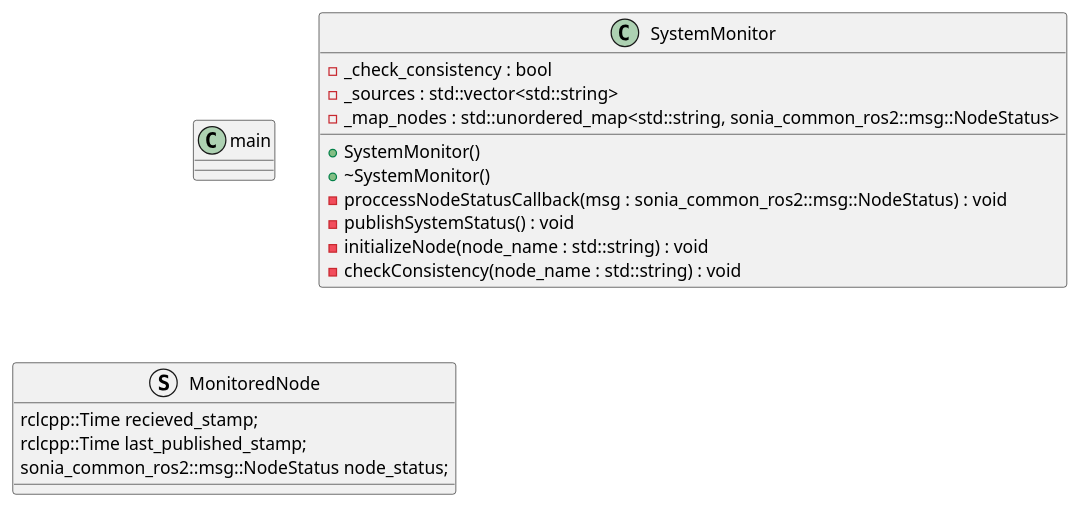
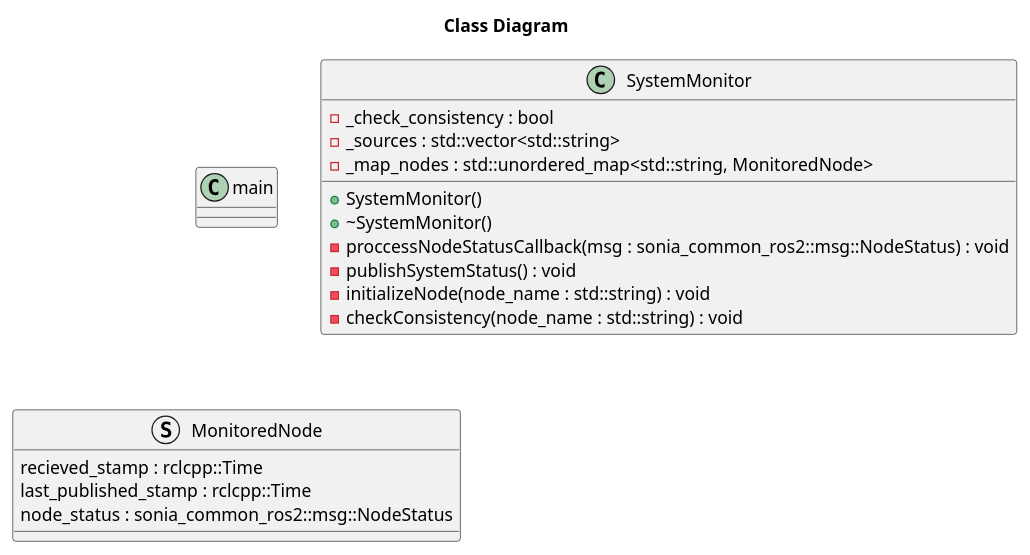
One commit to sonia-auv/sonia_deploy changed the diagram in doc/ClassDiagram.wsd. Above: the diagram before and after it, drawn with PlantUML.

Commit message:
LOG-150: touh ups

```diff
--- a/doc/ClassDiagram.wsd
+++ b/doc/ClassDiagram.wsd
@@ -1,22 +1,23 @@
 @startuml Class Diagram
+title Class Diagram
     class main{
         }
     class SystemMonitor{
         - _check_consistency : bool
         - _sources : std::vector<std::string>
-        - _map_nodes : std::unordered_map<std::string, sonia_common_ros2::msg::NodeStatus>
+        - _map_nodes : std::unordered_map<std::string, MonitoredNode>
     
         + SystemMonitor()
         + ~SystemMonitor()
         - proccessNodeStatusCallback(msg : sonia_common_ros2::msg::NodeStatus) : void
         - publishSystemStatus() : void
         - initializeNode(node_name : std::string) : void
         - checkConsistency(node_name : std::string) : void       
 
     }
     struct MonitoredNode{
-        rclcpp::Time recieved_stamp;
-        rclcpp::Time last_published_stamp;
-        sonia_common_ros2::msg::NodeStatus node_status;
+        recieved_stamp : rclcpp::Time
+        last_published_stamp : rclcpp::Time
+        node_status : sonia_common_ros2::msg::NodeStatus
     }
 @enduml
```
